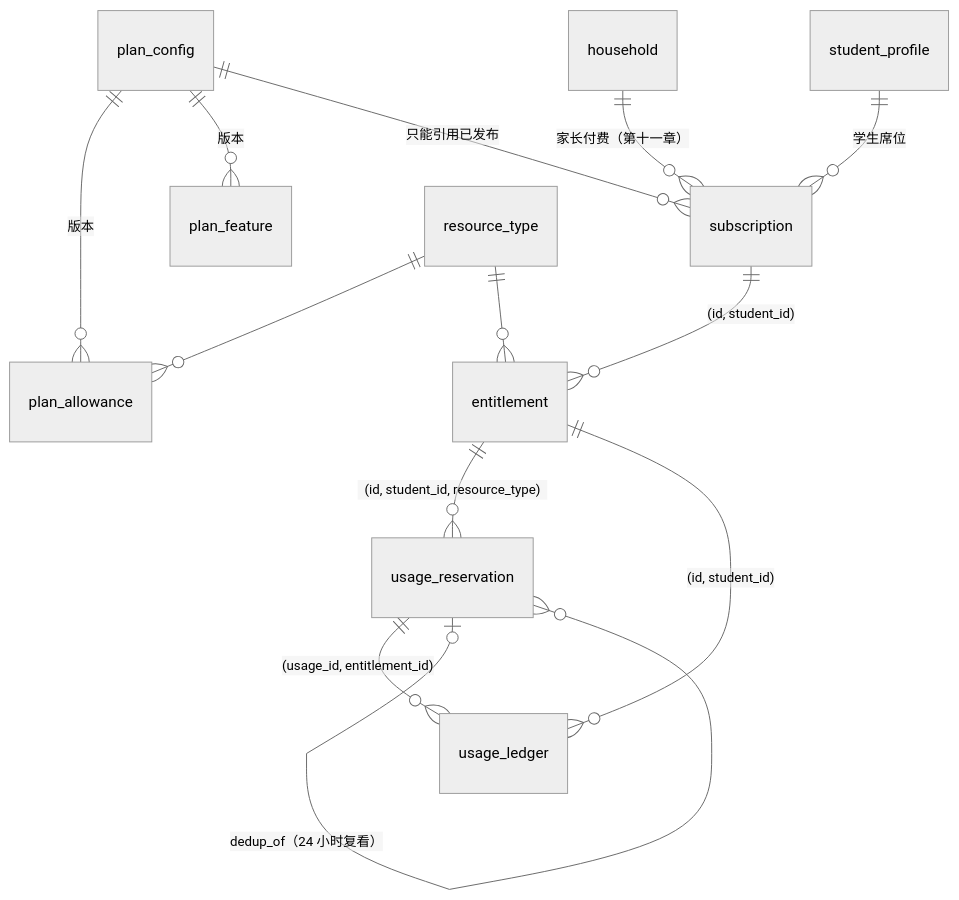
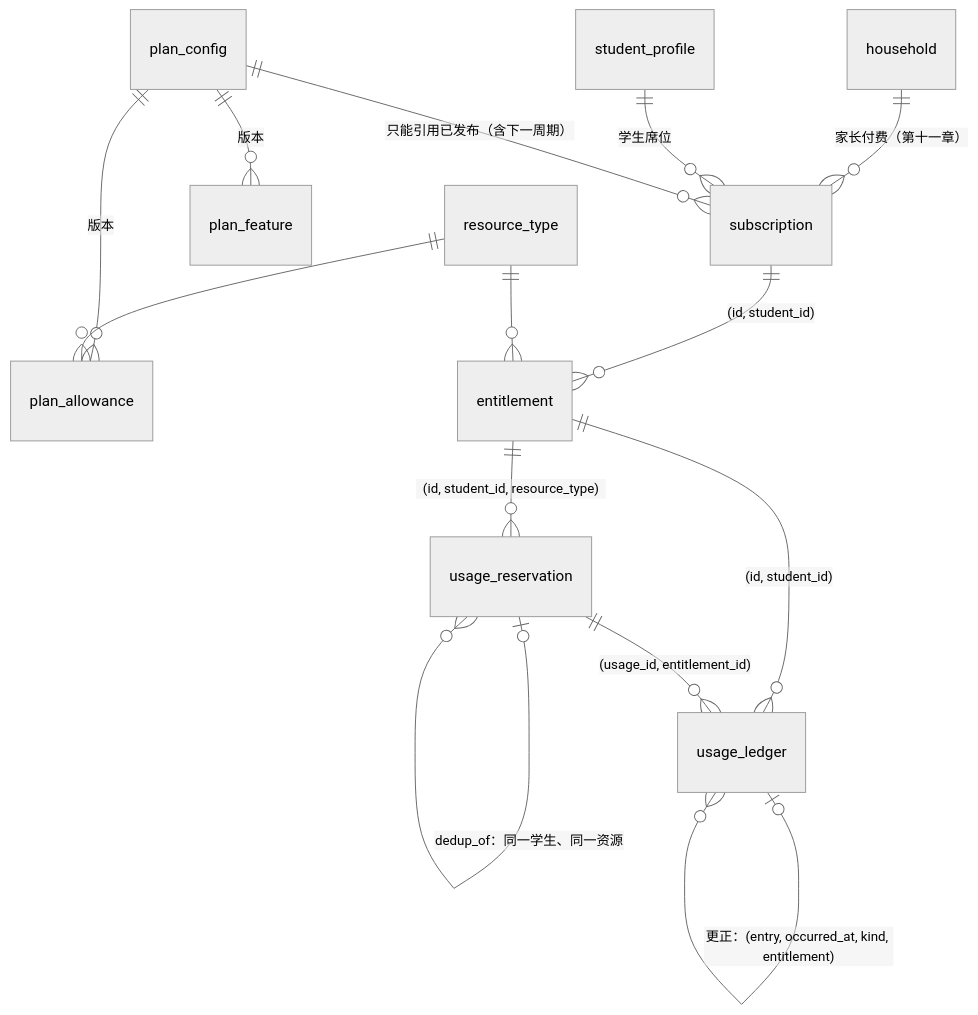
One commit to zeemen/starbuddy changed the first of 3 diagrams in docs/design/metering-schema.md. Above: the diagram before and after it, drawn with Mermaid (neutral theme). The commit also changed other lines of this file and 7 other files, not shown here.

````diff
--- a/docs/design/metering-schema.md
+++ b/docs/design/metering-schema.md
@@ -17,15 +19,16 @@
 ```mermaid
 erDiagram
   household ||--o{ subscription : "家长付费（第十一章）"
   student_profile ||--o{ subscription : "学生席位"
   plan_config ||--o{ plan_allowance : "版本"
   plan_config ||--o{ plan_feature : "版本"
-  plan_config ||--o{ subscription : "只能引用已发布"
+  plan_config ||--o{ subscription : "只能引用已发布（含下一周期）"
   resource_type ||--o{ plan_allowance : ""
   subscription ||--o{ entitlement : "(id, student_id)"
   resource_type ||--o{ entitlement : ""
   entitlement ||--o{ usage_reservation : "(id, student_id, resource_type)"
   entitlement ||--o{ usage_ledger : "(id, student_id)"
   usage_reservation ||--o{ usage_ledger : "(usage_id, entitlement_id)"
-  usage_reservation |o--o{ usage_reservation : "dedup_of（24 小时复看）"
+  usage_reservation |o--o{ usage_reservation : "dedup_of：同一学生、同一资源"
+  usage_ledger |o--o{ usage_ledger : "更正：(entry, occurred_at, kind, entitlement)"
 ```
````
